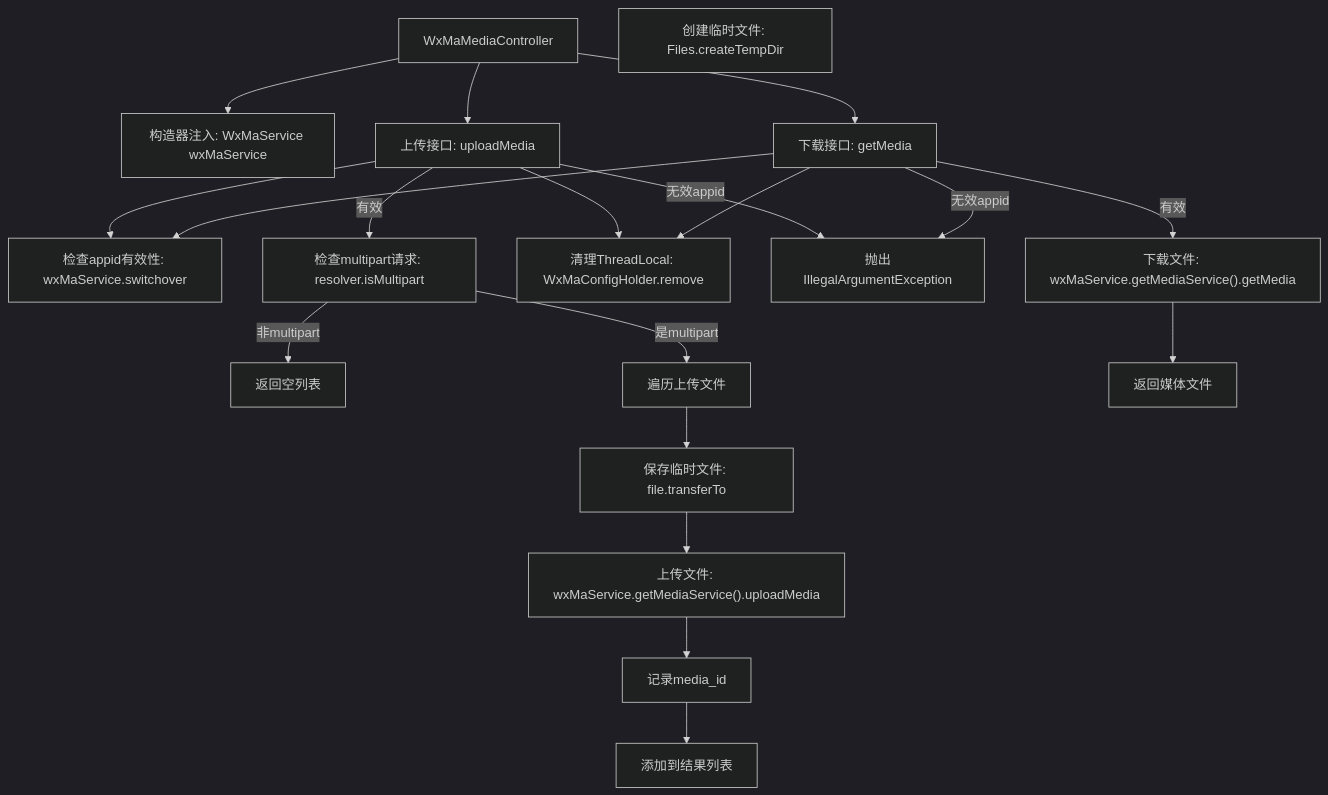
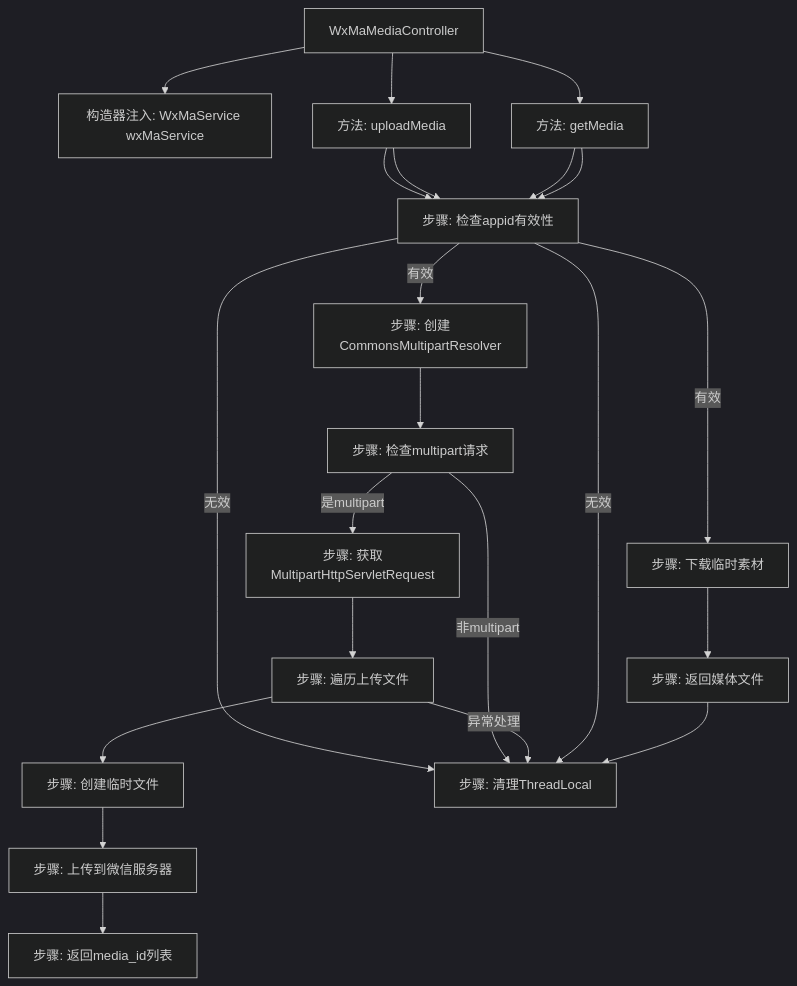
The second of 3 diagrams in docs/zh/docs/src/main/java/com/github/binarywang/demo/wx/miniapp/controller/WxMaMediaController.md (v-wjrong/rongwj666_weixin-java-miniapp-demo), drawn with Mermaid (dark theme) before and after one commit. The commit also changed other lines of this file and 47 other files, not shown here.

````diff
--- a/docs/zh/docs/src/main/java/com/github/binarywang/demo/wx/miniapp/controller/WxMaMediaController.md
+++ b/docs/zh/docs/src/main/java/com/github/binarywang/demo/wx/miniapp/controller/WxMaMediaController.md
@@ -81,30 +95,28 @@
 ```mermaid
 graph TD
     A["WxMaMediaController"]
     B["构造器注入: WxMaService wxMaService"]
-    C["上传接口: uploadMedia"]
-    D["下载接口: getMedia"]
-    E["检查appid有效性: wxMaService.switchover"]
-    F["创建临时文件: Files.createTempDir"]
-    G["上传文件: wxMaService.getMediaService().uploadMedia"]
-    H["下载文件: wxMaService.getMediaService().getMedia"]
-    I["清理ThreadLocal: WxMaConfigHolder.remove"]
+    C["方法: uploadMedia"]
+    D["方法: getMedia"]
+    E["步骤: 检查appid有效性"]
+    F["步骤: 创建CommonsMultipartResolver"]
+    G["步骤: 检查multipart请求"]
+    H["步骤: 获取MultipartHttpServletRequest"]
+    I["步骤: 遍历上传文件"]
+    J["步骤: 创建临时文件"]
+    K["步骤: 上传到微信服务器"]
+    L["步骤: 清理ThreadLocal"]
+    M["步骤: 返回media_id列表"]
+    N["步骤: 下载临时素材"]
+    O["步骤: 返回媒体文件"]
 
     A --> B
     A --> C
     A --> D
-    C --> E
-    C -->|无效appid| J["抛出IllegalArgumentException"]
-    C -->|有效| K["检查multipart请求: resolver.isMultipart"]
-    K -->|非multipart| L["返回空列表"]
-    K -->|是multipart| M["遍历上传文件"]
-    M --> N["保存临时文件: file.transferTo"]
-    N --> G
-    G --> O["记录media_id"]
-    O --> P["添加到结果列表"]
-    D --> E
-    D -->|无效appid| J
-    D -->|有效| H
-    H --> Q["返回媒体文件"]
-    C & D --> I
+    C --> E -->|无效| L
+    C --> E -->|有效| F --> G -->|非multipart| L
+    G -->|是multipart| H --> I --> J --> K --> M
+    I -->|异常处理| L
+    D --> E -->|无效| L
+    D --> E -->|有效| N --> O --> L
 ```
````
